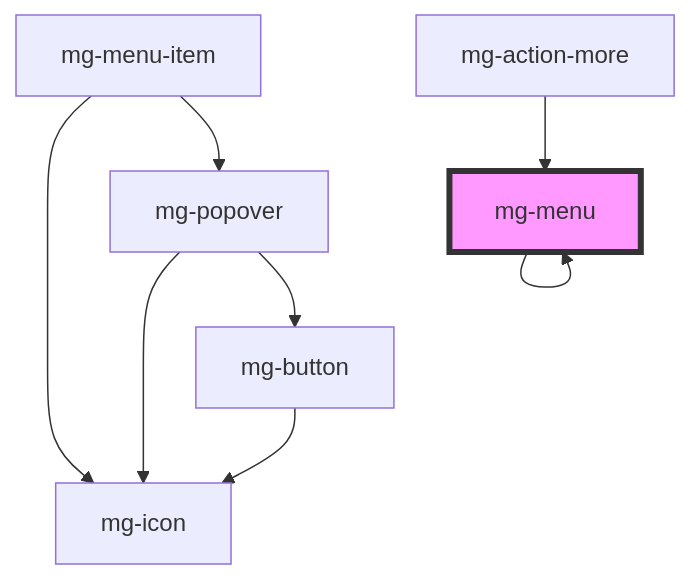
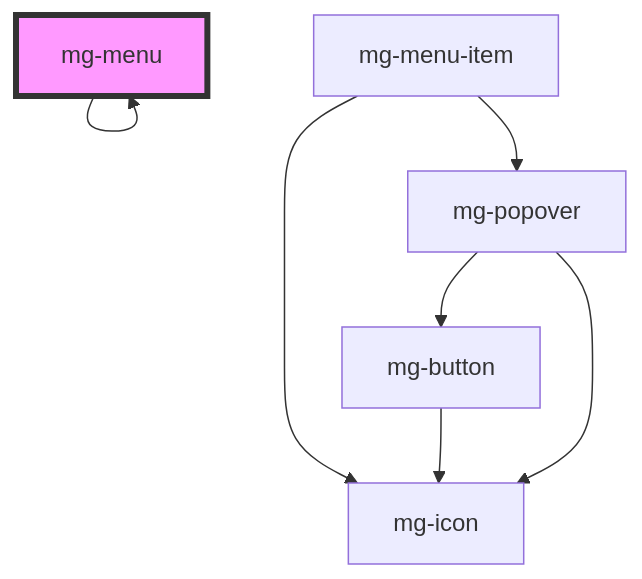
The diagram in src/components/molecules/menu/mg-menu/readme.md (MGDIS/mg-components), drawn with Mermaid before and after one commit. The commit also changed other lines of this file and 97 other files, not shown here.

First line of the commit message:
feat(mgMenu): implement overflow on mg-menu and move mg-action-more on another mr

````diff
--- a/src/components/molecules/menu/mg-menu/readme.md
+++ b/src/components/molecules/menu/mg-menu/readme.md
@@ -104,11 +103,10 @@
 ```mermaid
 graph TD;
   mg-menu --> mg-menu
   mg-menu-item --> mg-icon
   mg-menu-item --> mg-popover
   mg-popover --> mg-button
   mg-popover --> mg-icon
   mg-button --> mg-icon
-  mg-action-more --> mg-menu
   style mg-menu fill:#f9f,stroke:#333,stroke-width:4px
 ```
````
